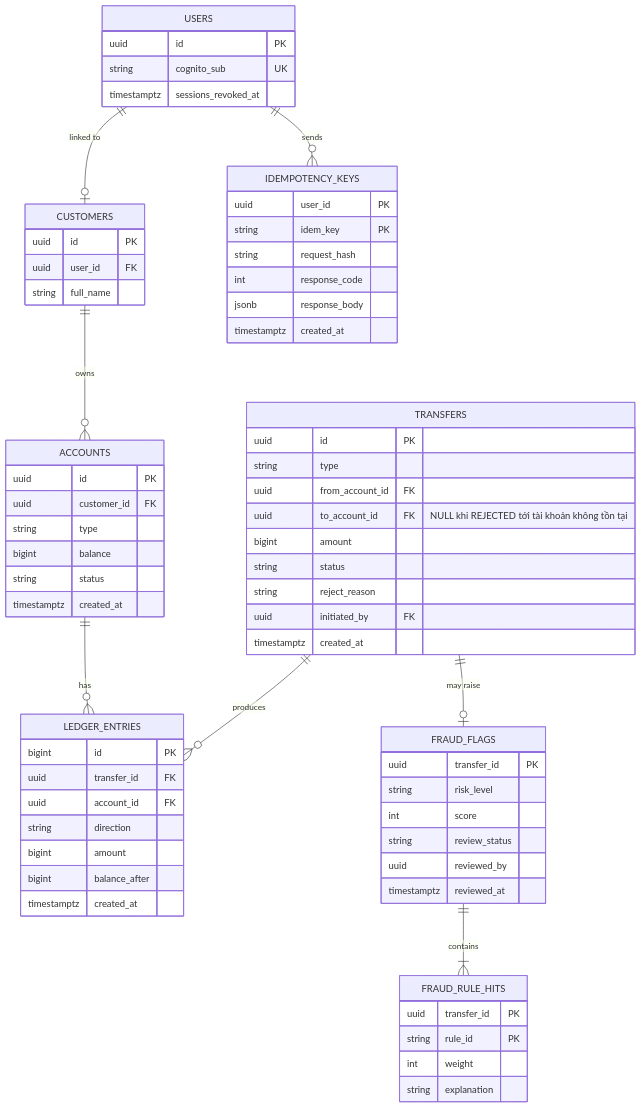
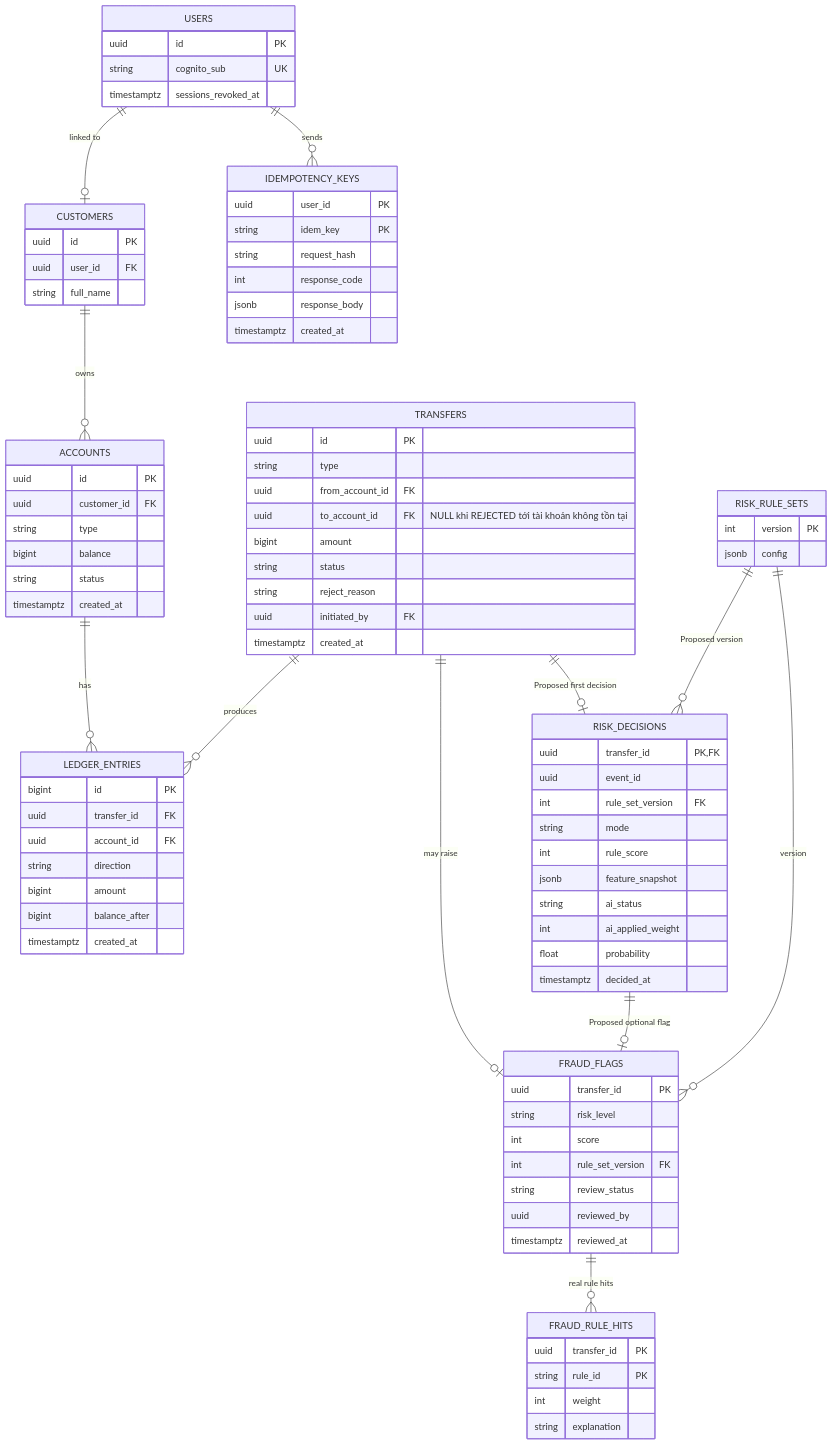
The tenth of 14 diagrams in docs/03_HIGH_LEVEL_ARCHITECTURE.md (Lawliet119/digital-banking-simulator), drawn with Mermaid before and after one commit. The commit also changed other lines of this file and 18 other files, not shown here.

Commit message:
docs(risk): đề xuất fraud rules kết hợp API AI

````diff
--- a/docs/03_HIGH_LEVEL_ARCHITECTURE.md
+++ b/docs/03_HIGH_LEVEL_ARCHITECTURE.md
@@ -555,55 +587,76 @@
 ```mermaid
 erDiagram
     USERS ||--o| CUSTOMERS : "linked to"
     CUSTOMERS ||--o{ ACCOUNTS : owns
     ACCOUNTS ||--o{ LEDGER_ENTRIES : has
     TRANSFERS ||--o{ LEDGER_ENTRIES : produces
     TRANSFERS ||--o| FRAUD_FLAGS : "may raise"
-    FRAUD_FLAGS ||--|{ FRAUD_RULE_HITS : contains
+    TRANSFERS ||--o| RISK_DECISIONS : "Proposed first decision"
+    RISK_DECISIONS ||--o| FRAUD_FLAGS : "Proposed optional flag"
+    RISK_RULE_SETS ||--o{ RISK_DECISIONS : "Proposed version"
+    RISK_RULE_SETS ||--o{ FRAUD_FLAGS : version
+    FRAUD_FLAGS ||--o{ FRAUD_RULE_HITS : "real rule hits"
     USERS ||--o{ IDEMPOTENCY_KEYS : sends
 
     USERS { uuid id PK
             string cognito_sub UK
             timestamptz sessions_revoked_at }
     CUSTOMERS { uuid id PK
                 uuid user_id FK
                 string full_name }
     ACCOUNTS { uuid id PK
                uuid customer_id FK
                string type
                bigint balance
                string status
                timestamptz created_at }
     TRANSFERS { uuid id PK
                 string type
                 uuid from_account_id FK
                 uuid to_account_id FK "NULL khi REJECTED tới tài khoản không tồn tại"
                 bigint amount
                 string status
                 string reject_reason
                 uuid initiated_by FK
                 timestamptz created_at }
     LEDGER_ENTRIES { bigint id PK
                      uuid transfer_id FK
                      uuid account_id FK
                      string direction
                      bigint amount
                      bigint balance_after
                      timestamptz created_at }
     IDEMPOTENCY_KEYS { uuid user_id PK
                        string idem_key PK
                        string request_hash
                        int response_code
                        jsonb response_body
                        timestamptz created_at }
+    RISK_DECISIONS {
+        uuid transfer_id PK, FK
+        uuid event_id
+        int rule_set_version FK
+        string mode
+        int rule_score
+        jsonb feature_snapshot
+        string ai_status
+        int ai_applied_weight
+        float probability
+        timestamptz decided_at
+    }
+    RISK_RULE_SETS {
+        int version PK
+        jsonb config
+    }
     FRAUD_FLAGS { uuid transfer_id PK
                   string risk_level
                   int score
+                  int rule_set_version FK
                   string review_status
                   uuid reviewed_by
                   timestamptz reviewed_at }
     FRAUD_RULE_HITS { uuid transfer_id PK
                       string rule_id PK
                       int weight
                       string explanation }
 ```
````
